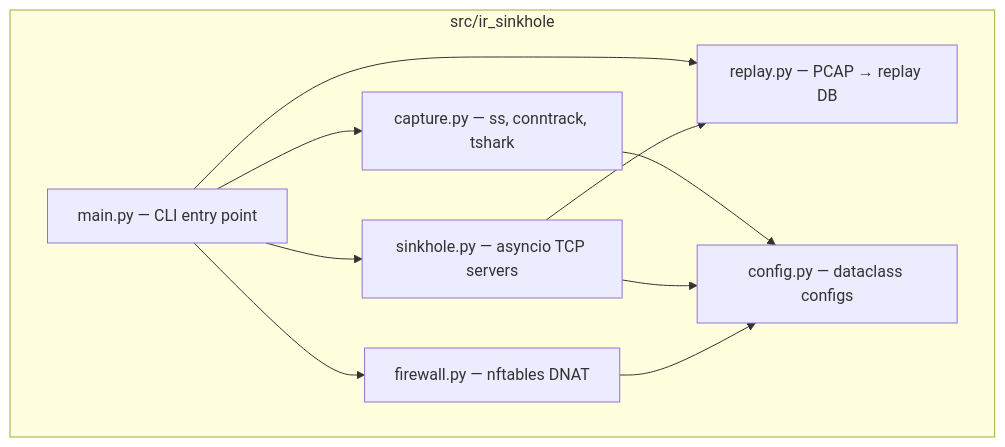
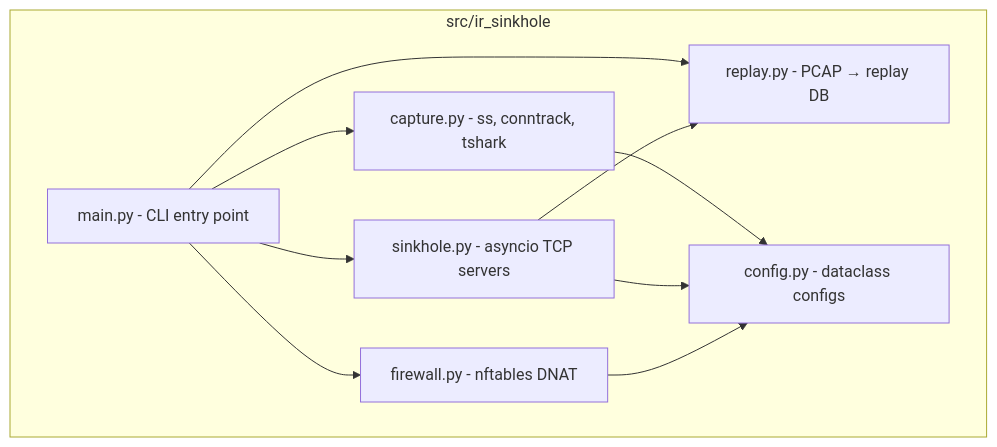
One commit to Leviticus-Triage/ir-sinkhole changed the fourth of 5 diagrams in README.md. Above: the diagram before and after it, drawn with Mermaid. The commit also changed other lines of this file and 12 other files, not shown here.

````diff
--- a/README.md
+++ b/README.md
@@ -202,19 +202,19 @@
 ```mermaid
 graph TB
     subgraph src["src/ir_sinkhole"]
-        main["main.py — CLI entry point"]
-        capture["capture.py — ss, conntrack, tshark"]
-        replay["replay.py — PCAP → replay DB"]
-        sinkhole["sinkhole.py — asyncio TCP servers"]
-        firewall["firewall.py — nftables DNAT"]
-        config["config.py — dataclass configs"]
+        main["main.py - CLI entry point"]
+        capture["capture.py - ss, conntrack, tshark"]
+        replay["replay.py - PCAP → replay DB"]
+        sinkhole["sinkhole.py - asyncio TCP servers"]
+        firewall["firewall.py - nftables DNAT"]
+        config["config.py - dataclass configs"]
     end
     main --> capture
     main --> replay
     main --> sinkhole
     main --> firewall
     capture --> config
     sinkhole --> replay
     sinkhole --> config
     firewall --> config
 ```
````
